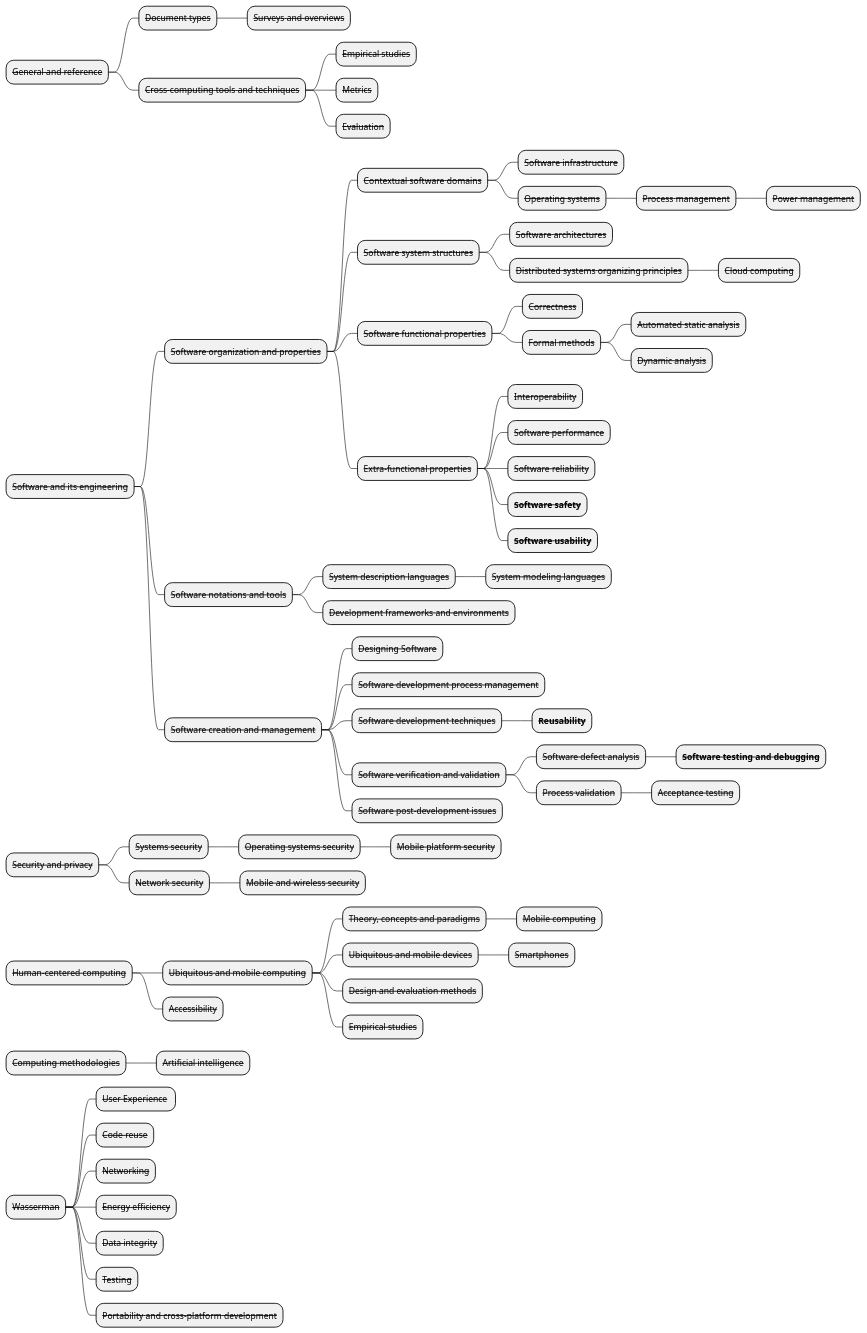
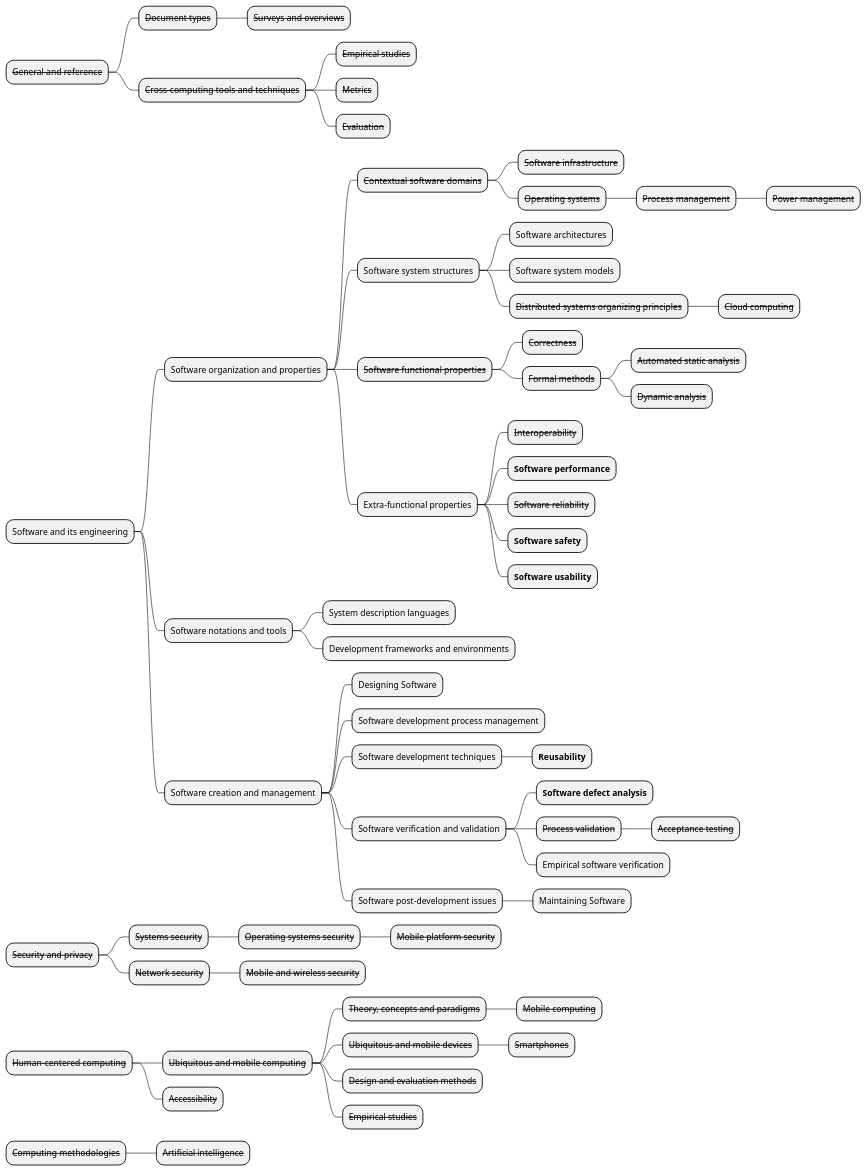
The diagram in mobileccs.pu (RobinNunkesser/plantuml), drawn with PlantUML before and after one commit.

Commit message:
Article update

```diff
--- a/mobileccs.pu
+++ b/mobileccs.pu
@@ -2,71 +2,72 @@
 @startmindmap
 * <s>General and reference</s>
 ** <s>Document types</s>
 *** <s>Surveys and overviews</s>
 ** <s>Cross-computing tools and techniques</s>
 *** <s>Empirical studies</s>
 *** <s>Metrics</s>
 *** <s>Evaluation</s>
-* <s>Software and its engineering</s>
-** <s>Software organization and properties</s>
+* Software and its engineering
+** Software organization and properties
 *** <s>Contextual software domains</s>
 **** <s>Software infrastructure</s>
 **** <s>Operating systems</s>
 ***** <s>Process management</s>
 ****** <s>Power management</s>
-*** <s>Software system structures</s>
-**** <s>Software architectures</s>
+*** Software system structures
+**** Software architectures
+**** Software system models
 **** <s>Distributed systems organizing principles</s>
 ***** <s>Cloud computing</s>
 *** <s>Software functional properties</s>
 **** <s>Correctness</s>
 **** <s>Formal methods</s>
 ***** <s>Automated static analysis</s>
 ***** <s>Dynamic analysis</s>
-*** <s>Extra-functional properties</s>
+*** Extra-functional properties
 **** <s>Interoperability</s>
-**** <s>Software performance</s>
+**** <b>Software performance</b>
 **** <s>Software reliability</s>
-**** <s><b>Software safety</b></s>
-**** <s><b>Software usability</b></s>
-** <s>Software notations and tools</s>
-*** <s>System description languages</s>
-**** <s>System modeling languages</s>
-*** <s>Development frameworks and environments</s>
-** <s>Software creation and management</s>
-*** <s>Designing Software</s>
-*** <s>Software development process management</s>
-*** <s>Software development techniques</s>
-**** <s><b>Reusability</b></s>
-*** <s>Software verification and validation</s>
-**** <s>Software defect analysis</s>
-***** <s><b>Software testing and debugging</b></s>
+**** <b>Software safety</b>
+**** <b>Software usability</b>
+** Software notations and tools
+*** System description languages
+*** Development frameworks and environments
+** Software creation and management
+*** Designing Software
+*** Software development process management
+*** Software development techniques
+**** <b>Reusability</b>
+*** Software verification and validation
+**** <b>Software defect analysis</b>
 **** <s>Process validation</s>
 ***** <s>Acceptance testing</s>
-*** <s>Software post-development issues</s>
+**** Empirical software verification
+*** Software post-development issues
+**** Maintaining Software
 * <s>Security and privacy</s>
 ** <s>Systems security</s>
 *** <s>Operating systems security</s>
 **** <s>Mobile platform security</s>
 ** <s>Network security</s>
 *** <s>Mobile and wireless security</s>
 * <s>Human-centered computing</s>
 ** <s>Ubiquitous and mobile computing</s>
 *** <s>Theory, concepts and paradigms</s>
 **** <s>Mobile computing</s>
 *** <s>Ubiquitous and mobile devices</s>
 **** <s>Smartphones</s>
 *** <s>Design and evaluation methods</s>
 *** <s>Empirical studies</s>
 ** <s>Accessibility</s>
 * <s>Computing methodologies</s>
 ** <s>Artificial intelligence</s>
-* <s>Wasserman</s>
-** <s>User Experience </s>
-** <s>Code reuse</s>
-** <s>Networking</s>
-** <s>Energy efficiency</s>
-** <s>Data integrity</s>
-** <s>Testing</s>
-** <s>Portability and cross-platform development</s>
+'* <s>Wasserman</s>
+'** <s>User Experience </s>
+'** <s>Code reuse</s>
+'** <s>Networking</s>
+'** <s>Energy efficiency</s>
+'** <s>Data integrity</s>
+'** <s>Testing</s>
+'** <s>Portability and cross-platform development</s>
 @endmindmap
```
